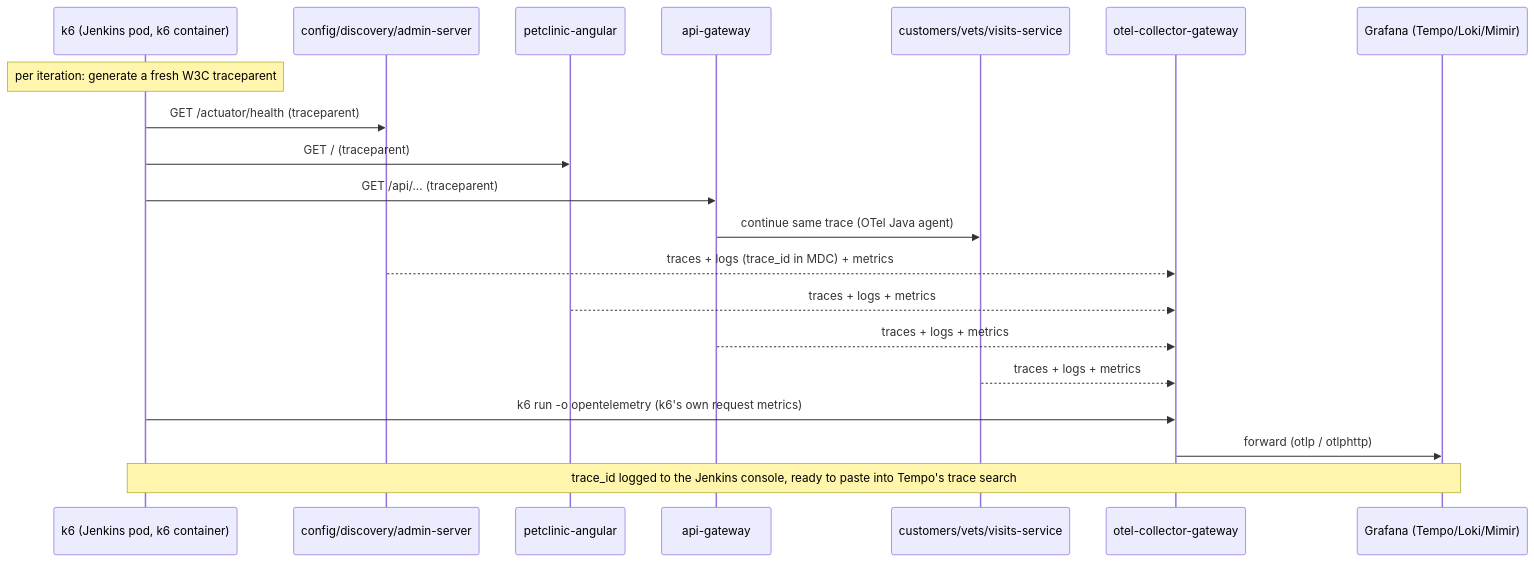
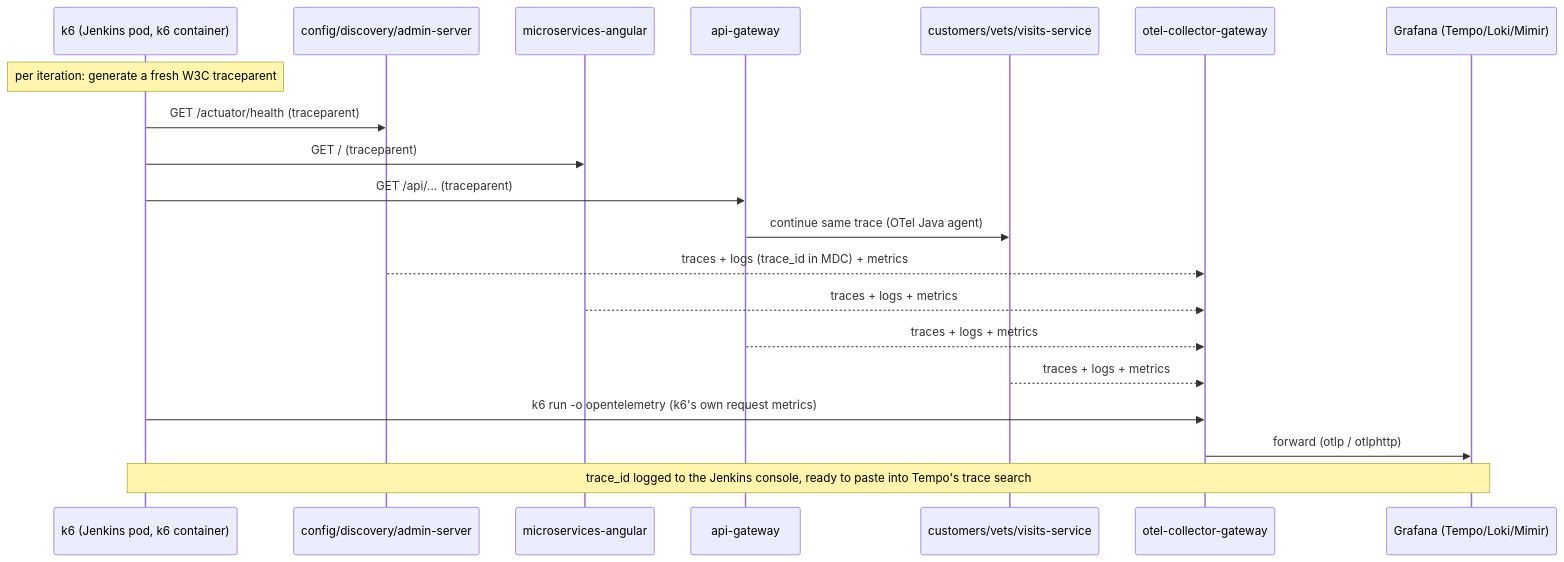
Before and after one commit to nubenetes/jenkins-2026: the fourth of 4 diagrams in README.md, drawn with Mermaid. The commit also changed other lines of this file and 1157 other files, not shown here.

````diff
--- a/README.md
+++ b/README.md
@@ -565,23 +522,23 @@
 ```mermaid
 sequenceDiagram
     participant K6 as k6 (Jenkins pod, k6 container)
     participant Infra as config/discovery/admin-server
-    participant UI as petclinic-angular
+    participant UI as microservices-angular
     participant GW as api-gateway
     participant SVC as customers/vets/visits-service
     participant OTel as otel-collector-gateway
     participant Grafana as Grafana (Tempo/Loki/Mimir)
 
     Note over K6: per iteration: generate a fresh W3C traceparent
     K6->>Infra: GET /actuator/health (traceparent)
     K6->>UI: GET / (traceparent)
     K6->>GW: GET /api/... (traceparent)
     GW->>SVC: continue same trace (OTel Java agent)
     Infra-->>OTel: traces + logs (trace_id in MDC) + metrics
     UI-->>OTel: traces + logs + metrics
     GW-->>OTel: traces + logs + metrics
     SVC-->>OTel: traces + logs + metrics
     K6->>OTel: k6 run -o opentelemetry (k6's own request metrics)
     OTel->>Grafana: forward (otlp / otlphttp)
     Note over K6,Grafana: trace_id logged to the Jenkins console, ready to paste into Tempo's trace search
 ```
````
